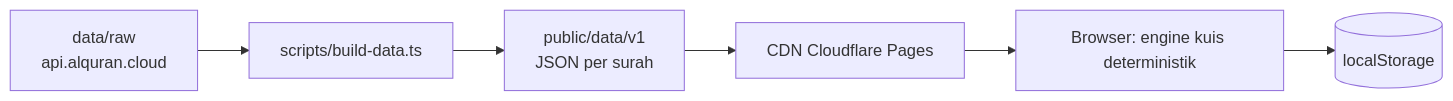
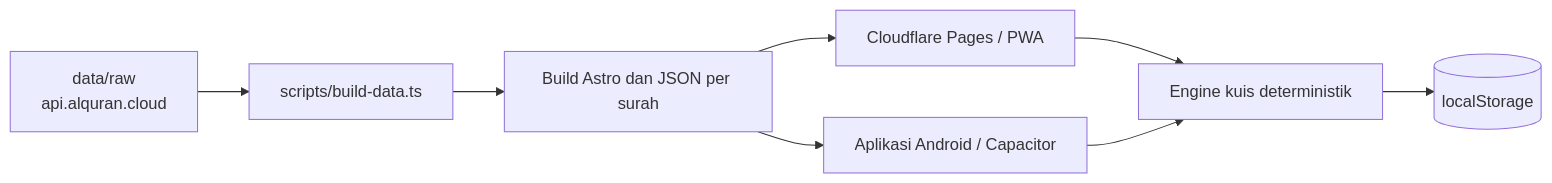
One commit to afdaliable/sambungayat changed the diagram in README.md. Above: the diagram before and after it, drawn with Mermaid. The commit also changed other lines of this file and 4 other files, not shown here.

````diff
--- a/README.md
+++ b/README.md
@@ -17,8 +19,10 @@
 ```mermaid
 flowchart LR
   A[data/raw<br/>api.alquran.cloud] --> B[scripts/build-data.ts]
-  B --> C[public/data/v1<br/>JSON per surah]
-  C --> D[CDN Cloudflare Pages]
-  D --> E[Browser: engine kuis deterministik]
+  B --> C[Build Astro dan JSON per surah]
+  C --> D[Cloudflare Pages / PWA]
+  C --> G[Aplikasi Android / Capacitor]
+  D --> E[Engine kuis deterministik]
+  G --> E
   E --> F[(localStorage)]
 ```
````
